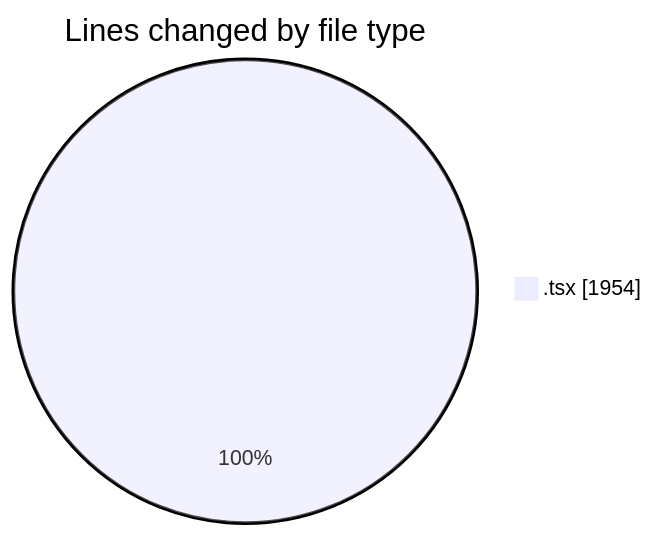
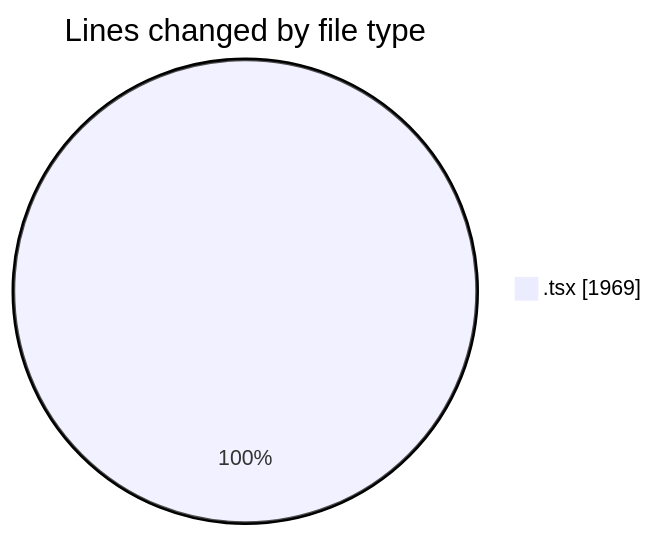
Before and after one commit to nxtqubesakshisongat/code-tracking: the first of 2 diagrams in 2026-03-22/nxtqube_webapp/README.md, drawn with Mermaid. The commit also changed other lines of this file and 1 other file, not shown here.

````diff
--- a/2026-03-22/nxtqube_webapp/README.md
+++ b/2026-03-22/nxtqube_webapp/README.md
@@ -22,5 +22,5 @@
 ```mermaid
 pie showData
 title Lines changed by file type
-".tsx" : 1954
+".tsx" : 1969
 ```
````
